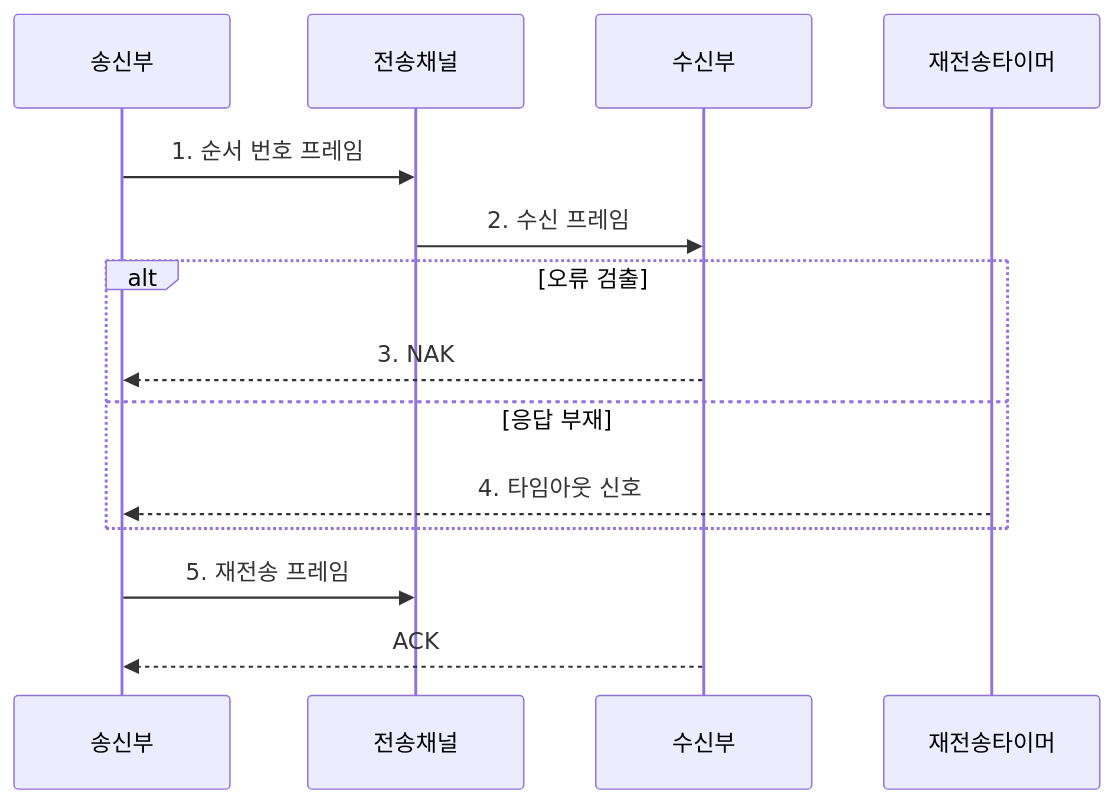
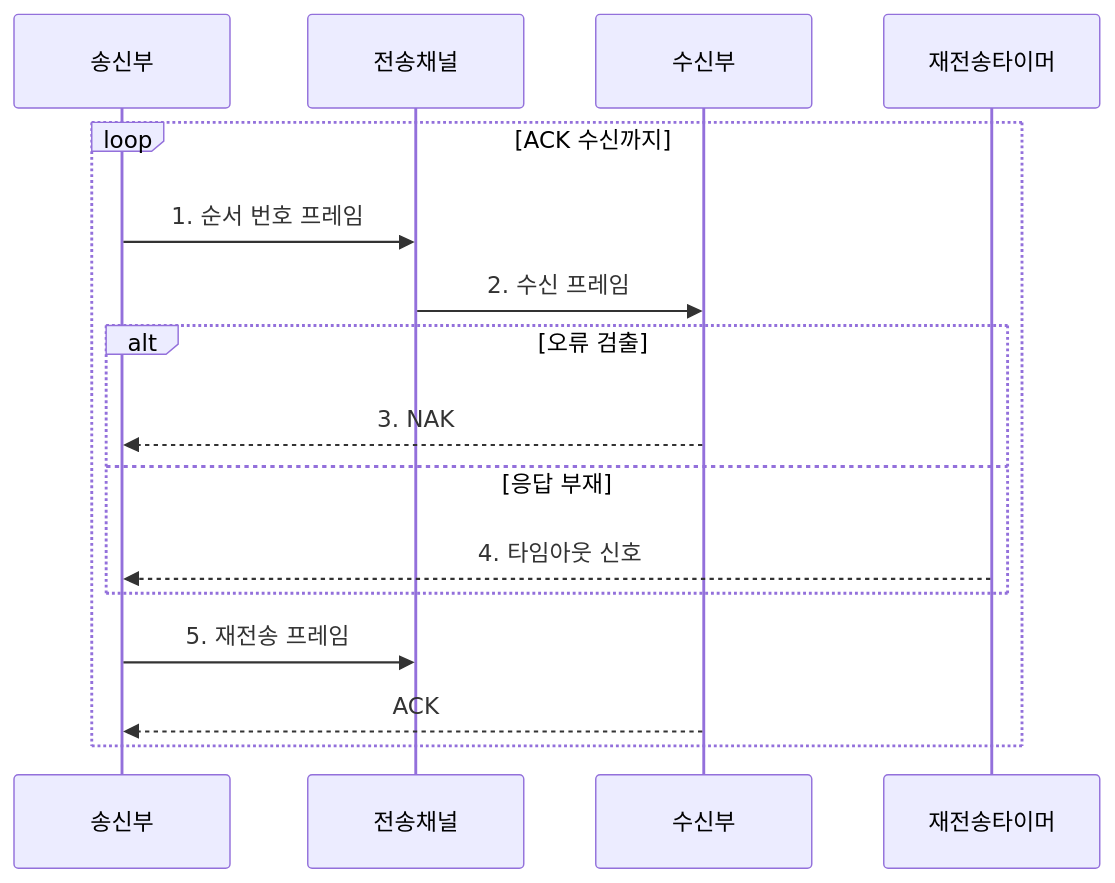
The second of 2 diagrams in src/content/docs/notes/04-network/027_arq_error_control.md (agnusdei1207/knowledge-base), drawn with Mermaid before and after one commit. The commit also changed other lines of this file and 4 other files, not shown here.

````diff
--- a/src/content/docs/notes/04-network/027_arq_error_control.md
+++ b/src/content/docs/notes/04-network/027_arq_error_control.md
@@ -97,16 +97,18 @@
 ```mermaid
 sequenceDiagram
     participant 송신부
     participant 전송채널
     participant 수신부
     participant 재전송타이머
-    송신부->>전송채널: 1. 순서 번호 프레임
-    전송채널->>수신부: 2. 수신 프레임
-    alt 오류 검출
-        수신부-->>송신부: 3. NAK
-    else 응답 부재
-        재전송타이머-->>송신부: 4. 타임아웃 신호
+    loop ACK 수신까지
+        송신부->>전송채널: 1. 순서 번호 프레임
+        전송채널->>수신부: 2. 수신 프레임
+        alt 오류 검출
+            수신부-->>송신부: 3. NAK
+        else 응답 부재
+            재전송타이머-->>송신부: 4. 타임아웃 신호
+        end
+        송신부->>전송채널: 5. 재전송 프레임
+        수신부-->>송신부: ACK
     end
-    송신부->>전송채널: 5. 재전송 프레임
-    수신부-->>송신부: ACK
 ```
````
